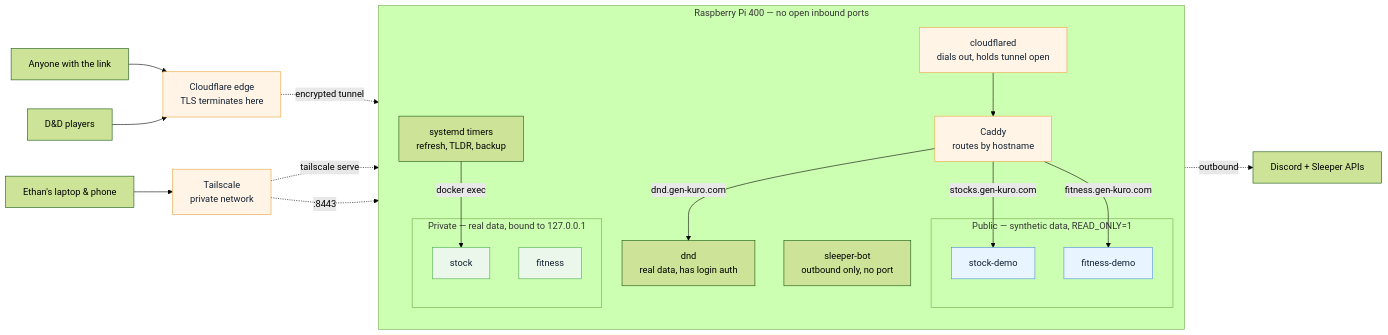
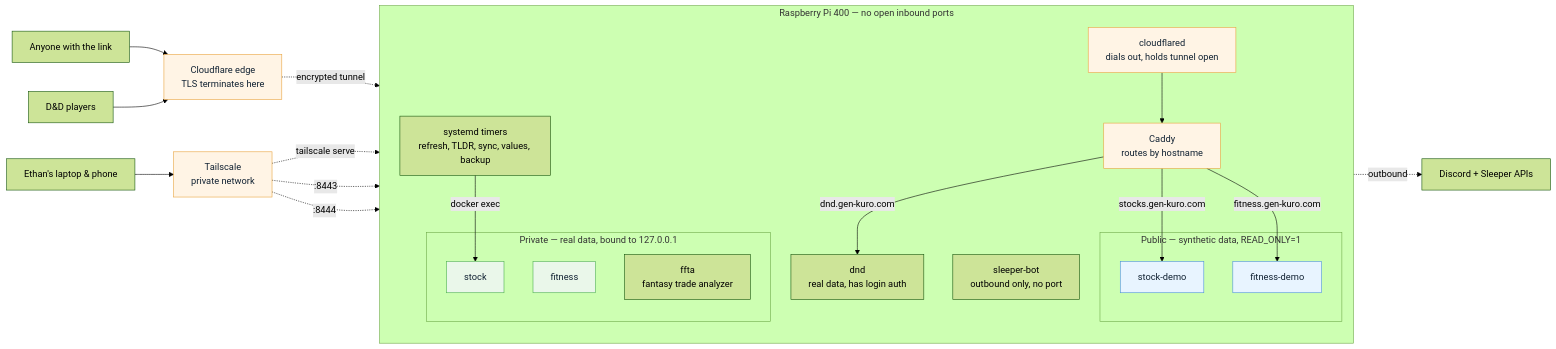
One commit to genkuroo/homelab-pi changed the diagram in README.md. Above: the diagram before and after it, drawn with Mermaid (forest theme). The commit also changed other lines of this file and 9 other files, not shown here.

First line of the commit message:
Add ff-trade-analyzer service and its two sync timers

````diff
--- a/README.md
+++ b/README.md
@@ -18,53 +18,55 @@
 ```mermaid
 flowchart LR
     visitors["Anyone with the link"]
     players["D&D players"]
     owner["Ethan's laptop & phone"]
 
     cf["Cloudflare edge<br/>TLS terminates here"]
     ts["Tailscale<br/>private network"]
     discord["Discord + Sleeper APIs"]
 
     subgraph pi["Raspberry Pi 400 — no open inbound ports"]
         direction TB
         cfd["cloudflared<br/>dials out, holds tunnel open"]
         caddy["Caddy<br/>routes by hostname"]
 
         subgraph public["Public — synthetic data, READ_ONLY=1"]
             sdemo["stock-demo"]
             fdemo["fitness-demo"]
         end
 
         dnd["dnd<br/>real data, has login auth"]
 
         subgraph private["Private — real data, bound to 127.0.0.1"]
             stock["stock"]
             fitness["fitness"]
+            ffta["ffta<br/>fantasy trade analyzer"]
         end
 
         bot["sleeper-bot<br/>outbound only, no port"]
-        timers["systemd timers<br/>refresh, TLDR, backup"]
+        timers["systemd timers<br/>refresh, TLDR, sync, values, backup"]
     end
 
     visitors --> cf
     players --> cf
     cf -.->|"encrypted tunnel"| cfd
     cfd --> caddy
     caddy -->|"stocks.gen-kuro.com"| sdemo
     caddy -->|"fitness.gen-kuro.com"| fdemo
     caddy -->|"dnd.gen-kuro.com"| dnd
 
     owner --> ts
     ts -.->|"tailscale serve"| stock
     ts -.->|":8443"| fitness
+    ts -.->|":8444"| ffta
 
     bot -.->|"outbound"| discord
     timers -->|"docker exec"| stock
 
     classDef pub fill:#e8f4ff,stroke:#4a90d9,color:#123
     classDef priv fill:#eaf7ea,stroke:#4caf50,color:#123
     classDef edge fill:#fff4e5,stroke:#e8a33d,color:#123
     class sdemo,fdemo pub
     class stock,fitness priv
     class cf,ts,cfd,caddy edge
 ```
````
